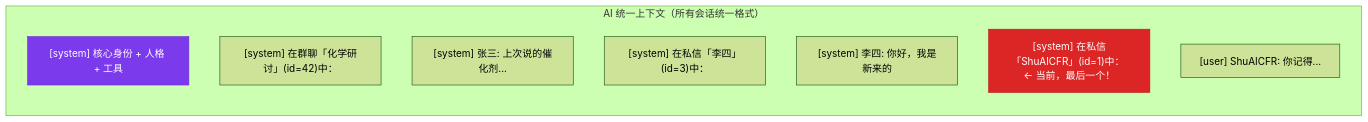
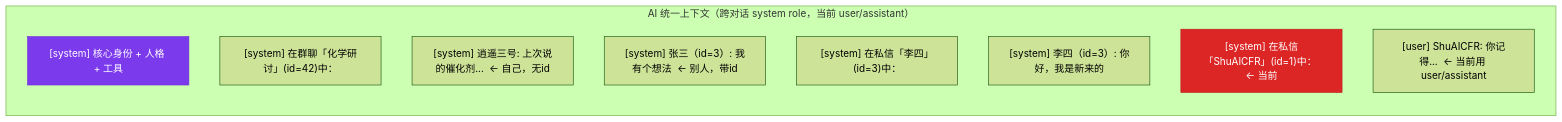
One commit to Coprexist/AIsChat changed the sixth of 7 diagrams in docs/AI认知架构三空间模型.md. Above: the diagram before and after it, drawn with Mermaid (forest theme). The commit also changed other lines of this file and 4 other files, not shown here.

````diff
--- a/docs/AI认知架构三空间模型.md
+++ b/docs/AI认知架构三空间模型.md
@@ -228,14 +228,15 @@
 ```mermaid
 flowchart LR
-    subgraph UC["AI 统一上下文（所有会话统一格式）"]
+    subgraph UC["AI 统一上下文（跨对话 system role，当前 user/assistant）"]
         Sys["[system] 核心身份 + 人格 + 工具"]
         G1["[system] 在群聊「化学研讨」(id=42)中："]
-        M1["[system] 张三: 上次说的催化剂..."]
+        M1["[system] 逍遥三号: 上次说的催化剂...  ← 自己，无id"]
+        M1b["[system] 张三（id=3）: 我有个想法  ← 别人，带id"]
         G2["[system] 在私信「李四」(id=3)中："]
-        M2["[system] 李四: 你好，我是新来的"]
-        Cur["[system] 在私信「ShuAICFR」(id=1)中： ← 当前，最后一个！"]
-        CurM["[user] ShuAICFR: 你记得..."]
+        M2["[system] 李四（id=3）: 你好，我是新来的"]
+        Cur["[system] 在私信「ShuAICFR」(id=1)中： ← 当前"]
+        CurM["[user] ShuAICFR: 你记得...  ← 当前用 user/assistant"]
     end
     style Sys fill:#7c3aed,stroke:#6d28d9,color:#fff
     style Cur fill:#dc2626,stroke:#b91c1c,color:#fff
 ```
````
